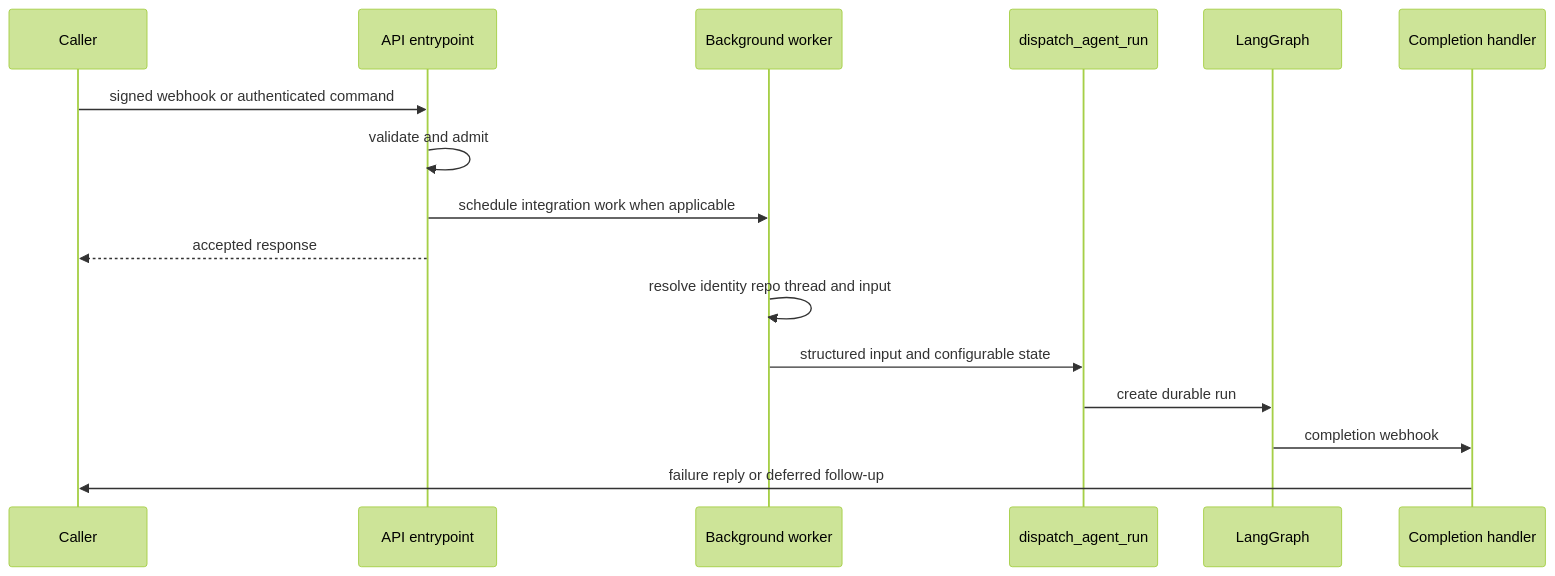
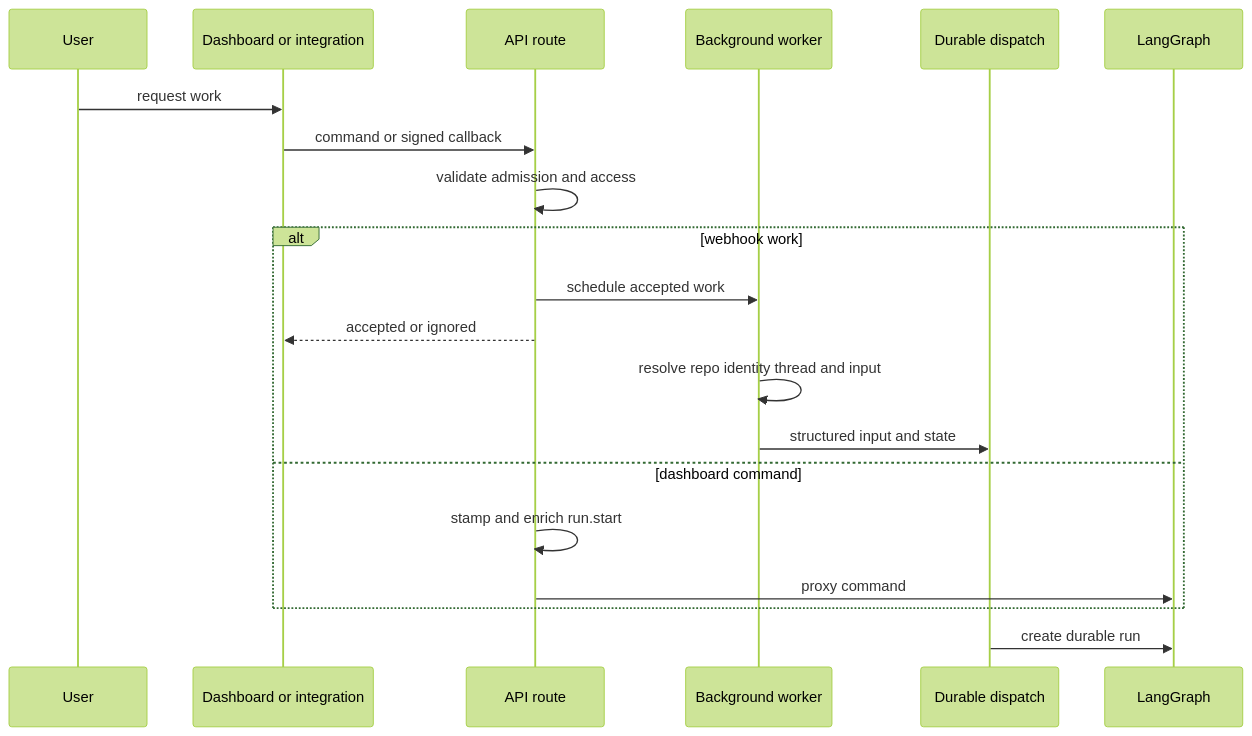
Before and after one commit to langchain-ai/open-swe: the first of 2 diagrams in openwiki/workflows/invocation.md, drawn with Mermaid (forest theme). The commit also changed other lines of this file and 51 other files, not shown here.

````diff
--- a/openwiki/workflows/invocation.md
+++ b/openwiki/workflows/invocation.md
@@ -51,19 +53,23 @@
 ```mermaid
 sequenceDiagram
-    participant Caller
-    participant Entry as API entrypoint
+    participant User
+    participant Surface as Dashboard or integration
+    participant Entry as API route
     participant Worker as Background worker
-    participant Dispatch as dispatch_agent_run
-    participant LG as LangGraph
-    participant Complete as Completion handler
+    participant Dispatch as Durable dispatch
+    participant Graph as LangGraph
 
-    Caller->>Entry: signed webhook or authenticated command
-    Entry->>Entry: validate and admit
-    Entry->>Worker: schedule integration work when applicable
-    Entry-->>Caller: accepted response
-    Worker->>Worker: resolve identity repo thread and input
-    Worker->>Dispatch: structured input and configurable state
-    Dispatch->>LG: create durable run
-    LG->>Complete: completion webhook
-    Complete->>Caller: failure reply or deferred follow-up
+    User->>Surface: request work
+    Surface->>Entry: command or signed callback
+    Entry->>Entry: validate admission and access
+    alt webhook work
+        Entry->>Worker: schedule accepted work
+        Entry-->>Surface: accepted or ignored
+        Worker->>Worker: resolve repo identity thread and input
+        Worker->>Dispatch: structured input and state
+    else dashboard command
+        Entry->>Entry: stamp and enrich run.start
+        Entry->>Graph: proxy command
+    end
+    Dispatch->>Graph: create durable run
 ```
````
